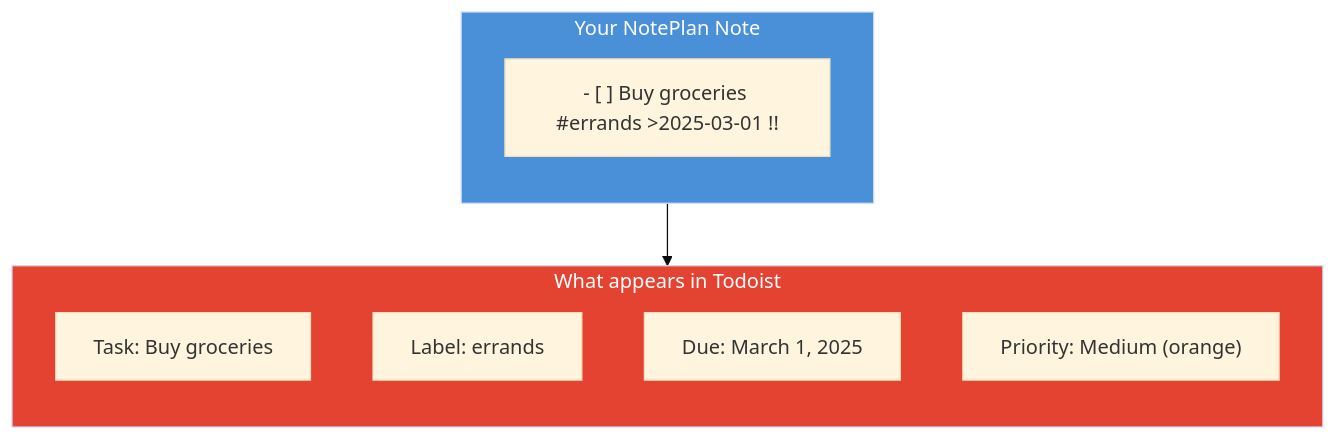
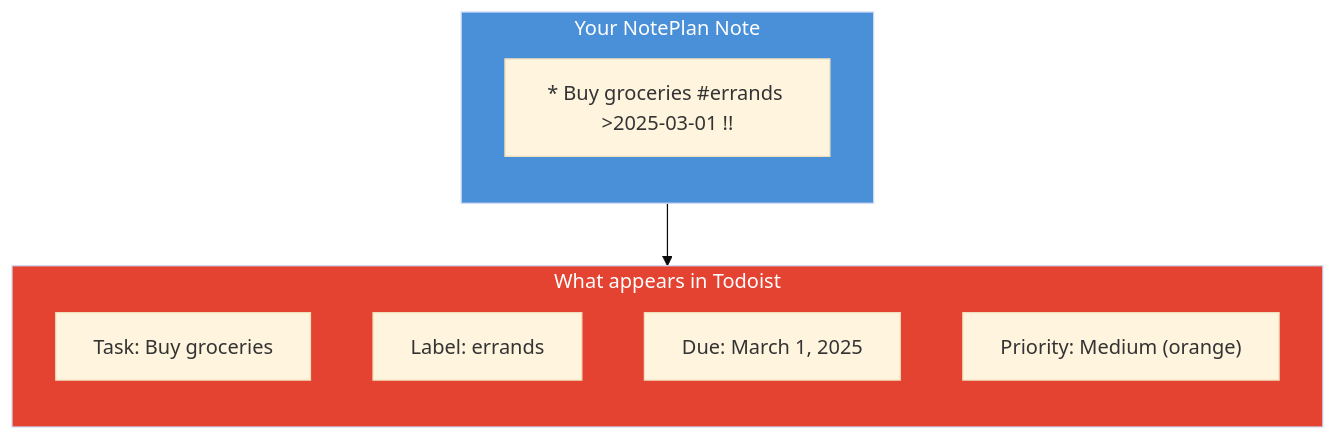
The second of 7 diagrams in INSTALL_GUIDE.md (jstephens-netizen/NotePlan_Todoist_Sync), drawn with Mermaid (base theme) before and after one commit. The commit also changed other lines of this file and 3 other files, not shown here.

````diff
--- a/INSTALL_GUIDE.md
+++ b/INSTALL_GUIDE.md
@@ -25,20 +25,20 @@
 ```mermaid
 flowchart TD
     subgraph noteplan ["Your NotePlan Note"]
         direction TB
-        N1["- [ ] Buy groceries #errands >2025-03-01 !!"]
+        N1["* Buy groceries #errands >2025-03-01 !!"]
     end
 
     subgraph todoist ["What appears in Todoist"]
         direction TB
         T1["Task: Buy groceries"]
         T2["Label: errands"]
         T3["Due: March 1, 2025"]
         T4["Priority: Medium (orange)"]
     end
 
     noteplan --> todoist
 
     style noteplan fill:#4A90D9,color:#fff
     style todoist fill:#E44332,color:#fff
 ```
````
